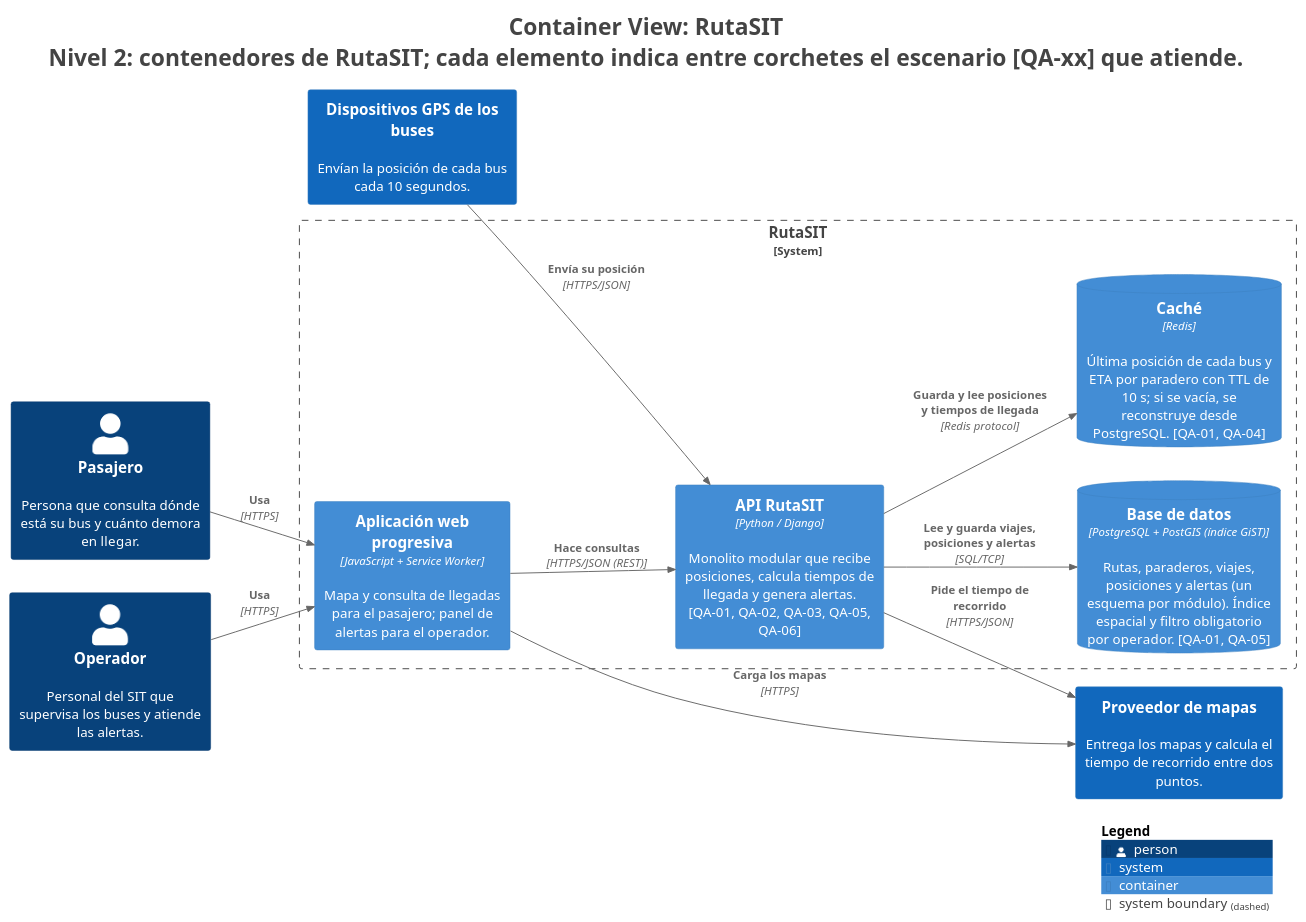
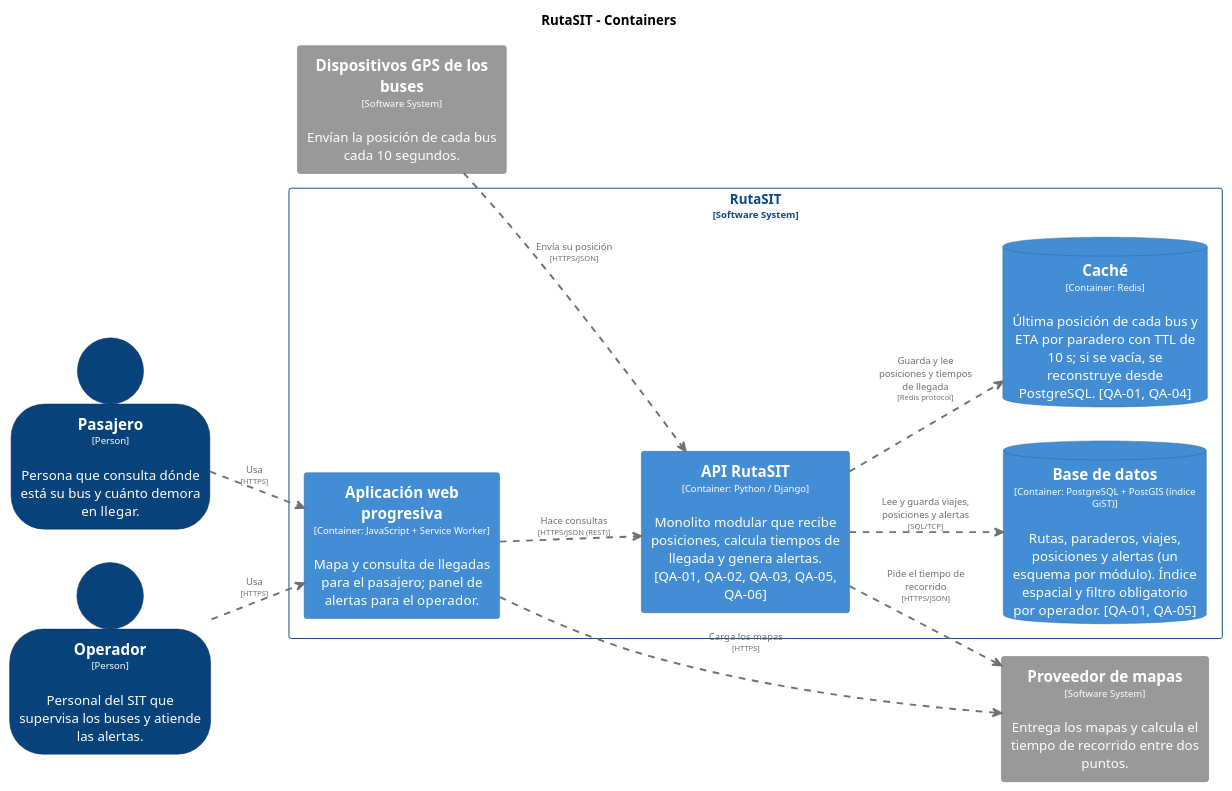
The diagram in docs/architecture/c4/export/structurizr-Contenedores.puml (R0otDrigo/cs-2026b-lab04-grupo06), drawn with PlantUML before and after one commit. The commit also changed 18 other files, not shown here.

Commit message:
CI: regenerar diagramas C4 y Mermaid [skip ci]

```diff
--- a/docs/architecture/c4/export/structurizr-Contenedores.puml
+++ b/docs/architecture/c4/export/structurizr-Contenedores.puml
@@ -1,41 +1,90 @@
 @startuml
-title <size:24>Container View: RutaSIT</size>\n<size:24>Nivel 2: contenedores de RutaSIT; cada elemento indica entre corchetes el escenario [QA-xx] que atiende.</size>
+set separator none
+title RutaSIT - Containers
 
-set separator none
 left to right direction
 
-<style>
-  root {
-    BackgroundColor: #ffffff
-    FontColor: #444444
-  }
-</style>
-
-!include <C4/C4>
-!include <C4/C4_Context>
-!include <C4/C4_Container>
-
-Person(Pasajero, "Pasajero", $descr="Persona que consulta dónde está su bus y cuánto demora en llegar.", $tags="", $link="")
-Person(Operador, "Operador", $descr="Personal del SIT que supervisa los buses y atiende las alertas.", $tags="", $link="")
-System(DispositivosGPSdelosbuses, "Dispositivos GPS de los buses", $descr="Envían la posición de cada bus cada 10 segundos.", $tags="", $link="")
-System(Proveedordemapas, "Proveedor de mapas", $descr="Entrega los mapas y calcula el tiempo de recorrido entre dos puntos.", $tags="", $link="")
-
-System_Boundary("RutaSIT_boundary", "RutaSIT", $tags="") {
-  ContainerDb(RutaSIT.Basededatos, "Base de datos", $techn="PostgreSQL + PostGIS (índice GiST)", $descr="Rutas, paraderos, viajes, posiciones y alertas (un esquema por módulo). Índice espacial y filtro obligatorio por operador. [QA-01, QA-05]", $tags="", $link="")
-  ContainerDb(RutaSIT.Caché, "Caché", $techn="Redis", $descr="Última posición de cada bus y ETA por paradero con TTL de 10 s; si se vacía, se reconstruye desde PostgreSQL. [QA-01, QA-04]", $tags="", $link="")
-  Container(RutaSIT.Aplicaciónwebprogresiva, "Aplicación web progresiva", $techn="JavaScript + Service Worker", $descr="Mapa y consulta de llegadas para el pasajero; panel de alertas para el operador.", $tags="", $link="")
-  Container(RutaSIT.APIRutaSIT, "API RutaSIT", $techn="Python / Django", $descr="Monolito modular que recibe posiciones, calcula tiempos de llegada y genera alertas. [QA-01, QA-02, QA-03, QA-05, QA-06]", $tags="", $link="")
+skinparam {
+  arrowFontSize 10
+  defaultTextAlignment center
+  wrapWidth 200
+  maxMessageSize 100
 }
 
-Rel(Pasajero, RutaSIT.Aplicaciónwebprogresiva, "Usa", $techn="HTTPS", $tags="", $link="")
-Rel(Operador, RutaSIT.Aplicaciónwebprogresiva, "Usa", $techn="HTTPS", $tags="", $link="")
-Rel(RutaSIT.Aplicaciónwebprogresiva, RutaSIT.APIRutaSIT, "Hace consultas", $techn="HTTPS/JSON (REST)", $tags="", $link="")
-Rel(DispositivosGPSdelosbuses, RutaSIT.APIRutaSIT, "Envía su posición", $techn="HTTPS/JSON", $tags="", $link="")
-Rel(RutaSIT.APIRutaSIT, RutaSIT.Basededatos, "Lee y guarda viajes, posiciones y alertas", $techn="SQL/TCP", $tags="", $link="")
-Rel(RutaSIT.APIRutaSIT, RutaSIT.Caché, "Guarda y lee posiciones y tiempos de llegada", $techn="Redis protocol", $tags="", $link="")
-Rel(RutaSIT.Aplicaciónwebprogresiva, Proveedordemapas, "Carga los mapas", $techn="HTTPS", $tags="", $link="")
-Rel(RutaSIT.APIRutaSIT, Proveedordemapas, "Pide el tiempo de recorrido", $techn="HTTPS/JSON", $tags="", $link="")
+hide stereotype
 
-SHOW_LEGEND(true)
-hide stereotypes
+skinparam rectangle<<RutaSIT.APIRutaSIT>> {
+  BackgroundColor #438dd5
+  FontColor #ffffff
+  BorderColor #2e6295
+  shadowing false
+}
+skinparam rectangle<<RutaSIT.Aplicaciónwebprogresiva>> {
+  BackgroundColor #438dd5
+  FontColor #ffffff
+  BorderColor #2e6295
+  shadowing false
+}
+skinparam database<<RutaSIT.Basededatos>> {
+  BackgroundColor #438dd5
+  FontColor #ffffff
+  BorderColor #2e6295
+  shadowing false
+}
+skinparam database<<RutaSIT.Caché>> {
+  BackgroundColor #438dd5
+  FontColor #ffffff
+  BorderColor #2e6295
+  shadowing false
+}
+skinparam rectangle<<DispositivosGPSdelosbuses>> {
+  BackgroundColor #999999
+  FontColor #ffffff
+  BorderColor #6b6b6b
+  shadowing false
+}
+skinparam person<<Operador>> {
+  BackgroundColor #08427b
+  FontColor #ffffff
+  BorderColor #052e56
+  shadowing false
+}
+skinparam person<<Pasajero>> {
+  BackgroundColor #08427b
+  FontColor #ffffff
+  BorderColor #052e56
+  shadowing false
+}
+skinparam rectangle<<Proveedordemapas>> {
+  BackgroundColor #999999
+  FontColor #ffffff
+  BorderColor #6b6b6b
+  shadowing false
+}
+skinparam rectangle<<RutaSIT>> {
+  BorderColor #0b4884
+  FontColor #0b4884
+  shadowing false
+}
+
+person "==Pasajero\n<size:10>[Person]</size>\n\nPersona que consulta dónde está su bus y cuánto demora en llegar." <<Pasajero>> as Pasajero
+person "==Operador\n<size:10>[Person]</size>\n\nPersonal del SIT que supervisa los buses y atiende las alertas." <<Operador>> as Operador
+rectangle "==Dispositivos GPS de los buses\n<size:10>[Software System]</size>\n\nEnvían la posición de cada bus cada 10 segundos." <<DispositivosGPSdelosbuses>> as DispositivosGPSdelosbuses
+rectangle "==Proveedor de mapas\n<size:10>[Software System]</size>\n\nEntrega los mapas y calcula el tiempo de recorrido entre dos puntos." <<Proveedordemapas>> as Proveedordemapas
+
+rectangle "RutaSIT\n<size:10>[Software System]</size>" <<RutaSIT>> {
+  database "==Base de datos\n<size:10>[Container: PostgreSQL + PostGIS (índice GiST)]</size>\n\nRutas, paraderos, viajes, posiciones y alertas (un esquema por módulo). Índice espacial y filtro obligatorio por operador. [QA-01, QA-05]" <<RutaSIT.Basededatos>> as RutaSIT.Basededatos
+  database "==Caché\n<size:10>[Container: Redis]</size>\n\nÚltima posición de cada bus y ETA por paradero con TTL de 10 s; si se vacía, se reconstruye desde PostgreSQL. [QA-01, QA-04]" <<RutaSIT.Caché>> as RutaSIT.Caché
+  rectangle "==Aplicación web progresiva\n<size:10>[Container: JavaScript + Service Worker]</size>\n\nMapa y consulta de llegadas para el pasajero; panel de alertas para el operador." <<RutaSIT.Aplicaciónwebprogresiva>> as RutaSIT.Aplicaciónwebprogresiva
+  rectangle "==API RutaSIT\n<size:10>[Container: Python / Django]</size>\n\nMonolito modular que recibe posiciones, calcula tiempos de llegada y genera alertas. [QA-01, QA-02, QA-03, QA-05, QA-06]" <<RutaSIT.APIRutaSIT>> as RutaSIT.APIRutaSIT
+}
+
+Pasajero .[#707070,thickness=2].> RutaSIT.Aplicaciónwebprogresiva : "<color:#707070>Usa\n<color:#707070><size:8>[HTTPS]</size>"
+Operador .[#707070,thickness=2].> RutaSIT.Aplicaciónwebprogresiva : "<color:#707070>Usa\n<color:#707070><size:8>[HTTPS]</size>"
+RutaSIT.Aplicaciónwebprogresiva .[#707070,thickness=2].> RutaSIT.APIRutaSIT : "<color:#707070>Hace consultas\n<color:#707070><size:8>[HTTPS/JSON (REST)]</size>"
+DispositivosGPSdelosbuses .[#707070,thickness=2].> RutaSIT.APIRutaSIT : "<color:#707070>Envía su posición\n<color:#707070><size:8>[HTTPS/JSON]</size>"
+RutaSIT.APIRutaSIT .[#707070,thickness=2].> RutaSIT.Basededatos : "<color:#707070>Lee y guarda viajes, posiciones y alertas\n<color:#707070><size:8>[SQL/TCP]</size>"
+RutaSIT.APIRutaSIT .[#707070,thickness=2].> RutaSIT.Caché : "<color:#707070>Guarda y lee posiciones y tiempos de llegada\n<color:#707070><size:8>[Redis protocol]</size>"
+RutaSIT.Aplicaciónwebprogresiva .[#707070,thickness=2].> Proveedordemapas : "<color:#707070>Carga los mapas\n<color:#707070><size:8>[HTTPS]</size>"
+RutaSIT.APIRutaSIT .[#707070,thickness=2].> Proveedordemapas : "<color:#707070>Pide el tiempo de recorrido\n<color:#707070><size:8>[HTTPS/JSON]</size>"
 @enduml
```
